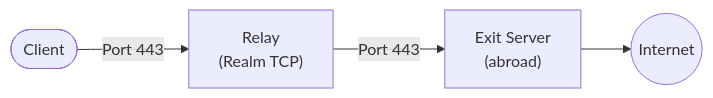
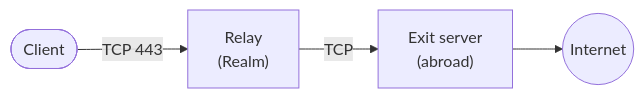
The third of 3 diagrams in website/src/content/docs/en/architecture.md (getmeridian/meridian), drawn with Mermaid before and after one commit. The commit also changed other lines of this file and 3 other files, not shown here.

First line of the commit message:
Document the 4.0 CLI and architecture without the legacy paths

````diff
--- a/website/src/content/docs/en/architecture.md
+++ b/website/src/content/docs/en/architecture.md
@@ -60,6 +55,6 @@
 ```mermaid
 flowchart LR
-    Client([Client]) -->|Port 443| Relay["Relay<br>(Realm TCP)"]
-    Relay -->|Port 443| Exit["Exit Server<br>(abroad)"]
+    Client([Client]) -->|TCP 443| Relay["Relay<br>(Realm)"]
+    Relay -->|TCP| Exit["Exit server<br>(abroad)"]
     Exit --> Internet((Internet))
 ```
````
